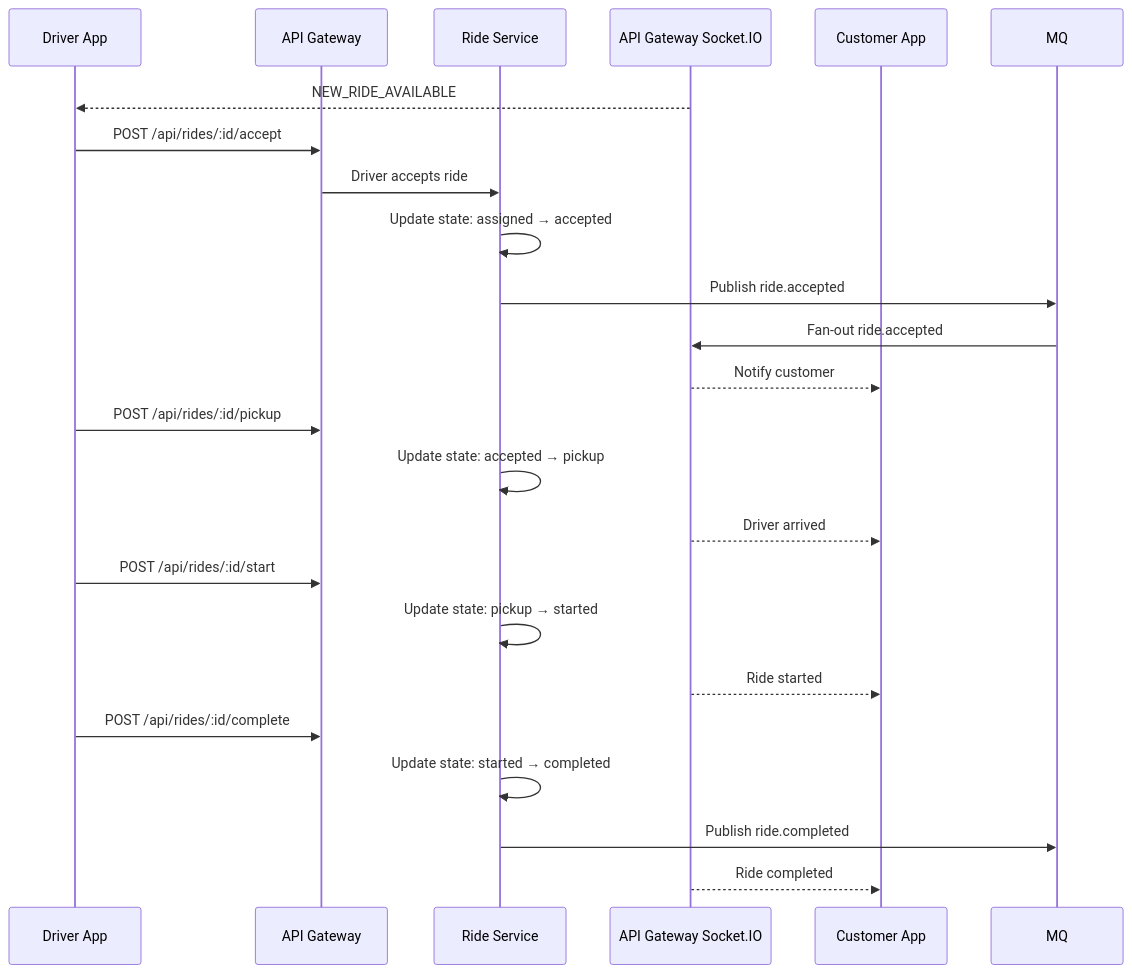
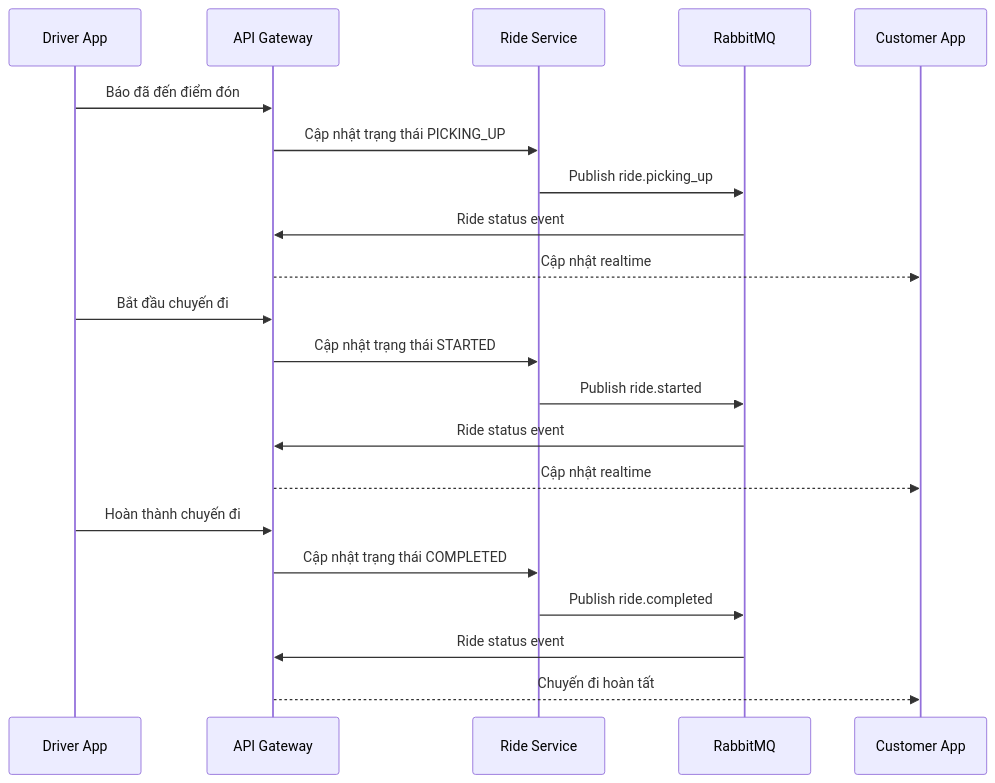
Before and after one commit to foxxiee04/Cab-Booking-System-Project: the fourth of 6 diagrams in README.md, drawn with Mermaid. The commit also changed other lines of this file and 7 other files, not shown here.

````diff
--- a/README.md
+++ b/README.md
@@ -709,29 +267,26 @@
 ```mermaid
 sequenceDiagram
-    participant D as Driver App
-    participant GW as API Gateway
-    participant R as Ride Service
-    participant WS as API Gateway Socket.IO
-    participant C as Customer App
+    participant Driver as Driver App
+    participant Gateway as API Gateway
+    participant Ride as Ride Service
+    participant MQ as RabbitMQ
+    participant Customer as Customer App
 
-    WS-->>D: NEW_RIDE_AVAILABLE
-    D->>GW: POST /api/rides/:id/accept
-    GW->>R: Driver accepts ride
-    R->>R: Update state: assigned → accepted
-    R->>MQ: Publish ride.accepted
-    MQ->>WS: Fan-out ride.accepted
-    WS-->>C: Notify customer
+    Driver->>Gateway: Báo đã đến điểm đón
+    Gateway->>Ride: Cập nhật trạng thái PICKING_UP
+    Ride->>MQ: Publish ride.picking_up
+    MQ->>Gateway: Ride status event
+    Gateway-->>Customer: Cập nhật realtime
 
-    D->>GW: POST /api/rides/:id/pickup
-    R->>R: Update state: accepted → pickup
-    WS-->>C: Driver arrived
+    Driver->>Gateway: Bắt đầu chuyến đi
+    Gateway->>Ride: Cập nhật trạng thái STARTED
+    Ride->>MQ: Publish ride.started
+    MQ->>Gateway: Ride status event
+    Gateway-->>Customer: Cập nhật realtime
 
-    D->>GW: POST /api/rides/:id/start
-    R->>R: Update state: pickup → started  
-    WS-->>C: Ride started
-
-    D->>GW: POST /api/rides/:id/complete
-    R->>R: Update state: started → completed
-    R->>MQ: Publish ride.completed
-    WS-->>C: Ride completed
+    Driver->>Gateway: Hoàn thành chuyến đi
+    Gateway->>Ride: Cập nhật trạng thái COMPLETED
+    Ride->>MQ: Publish ride.completed
+    MQ->>Gateway: Ride status event
+    Gateway-->>Customer: Chuyến đi hoàn tất
 ```
````
